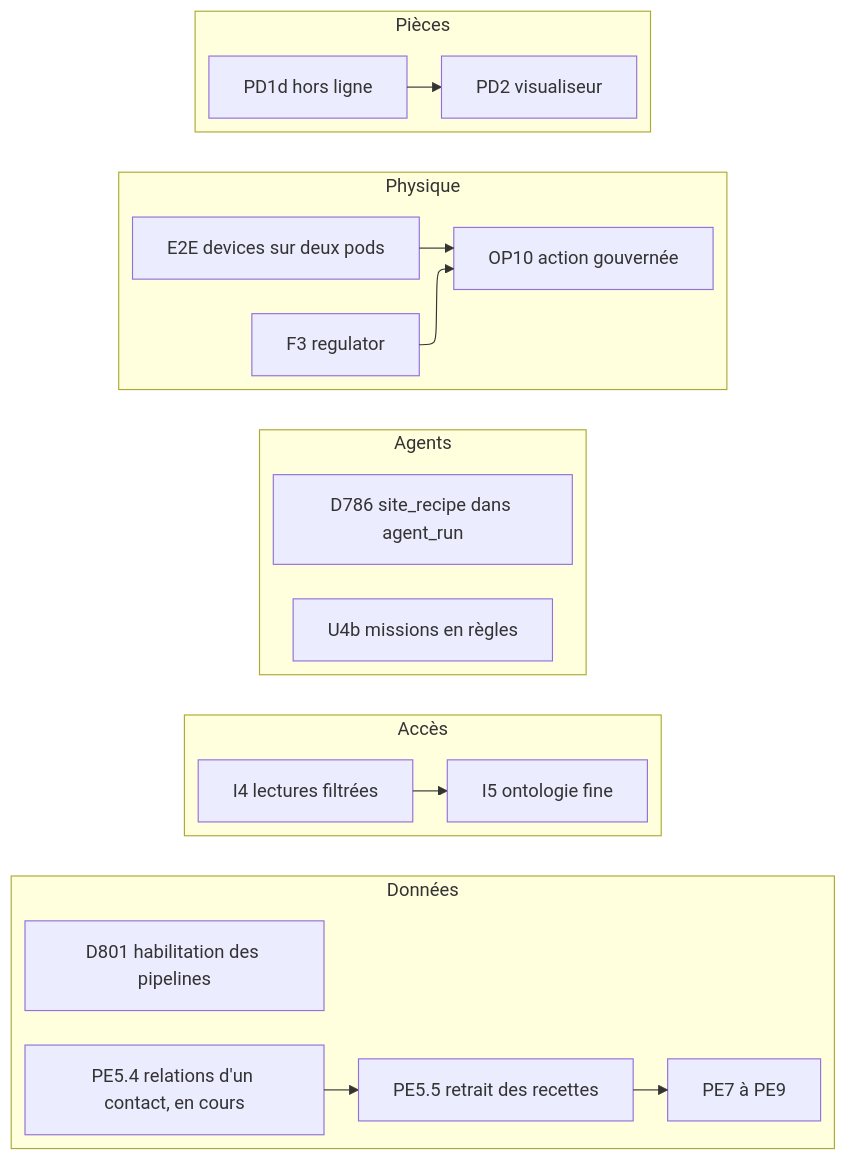
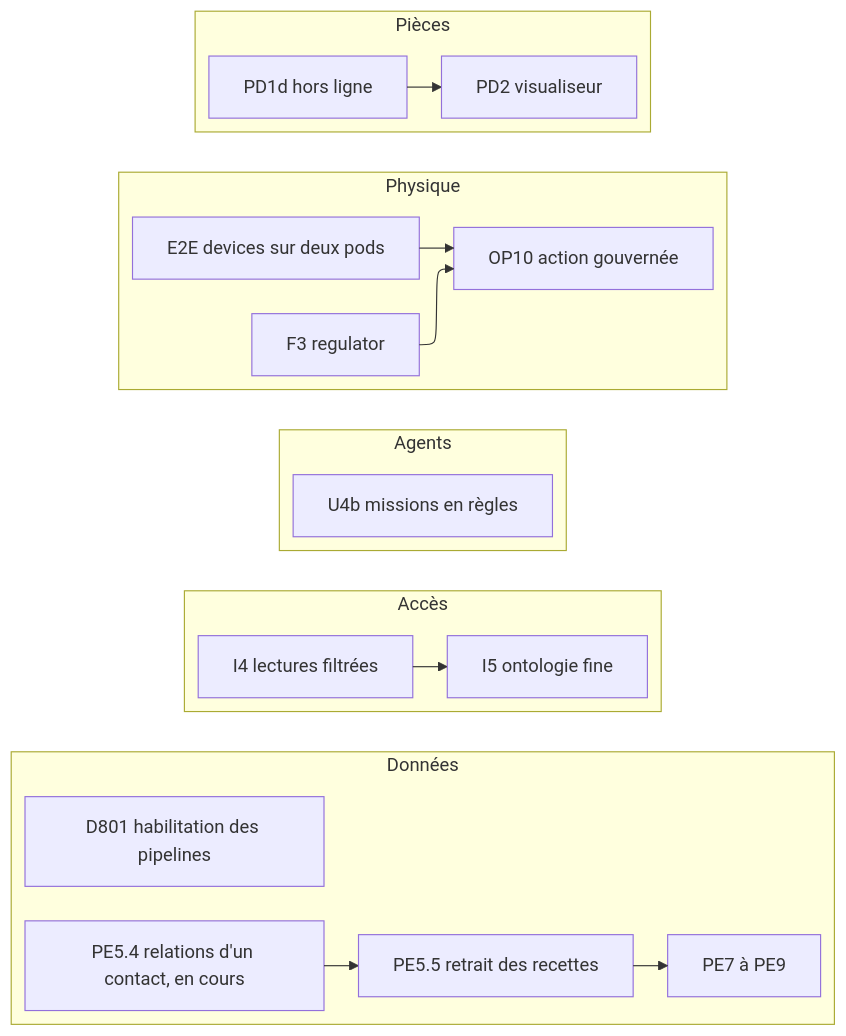
Before and after one commit to Pnex/pnex-rs: the second of 3 diagrams in docs/architecture/roadmap.md, drawn with Mermaid. The commit also changed other lines of this file and 44 other files, not shown here.

First line of the commit message:
feat(flows)!: agent_run plays website rules, site_recipe node removed (D786)

````diff
--- a/docs/architecture/roadmap.md
+++ b/docs/architecture/roadmap.md
@@ -59,26 +59,25 @@
 ```mermaid
 ---
 config:
   layout: elk
 ---
 flowchart LR
     subgraph data[Données]
         pe54[PE5.4 relations d'un contact, en cours] --> pe55[PE5.5 retrait des recettes]
         pe55 --> pe79[PE7 à PE9]
         d801[D801 habilitation des pipelines]
     end
     subgraph acc[Accès]
         i4[I4 lectures filtrées] --> i5[I5 ontologie fine]
     end
     subgraph ag[Agents]
-        d786[D786 site_recipe dans agent_run]
         u4b[U4b missions en règles]
     end
     subgraph phys[Physique]
         f3[F3 regulator] --> op10[OP10 action gouvernée]
         e2e[E2E devices sur deux pods] --> op10
     end
     subgraph gmao[Pièces]
         pd1d[PD1d hors ligne] --> pd2[PD2 visualiseur]
     end
 ```
````
